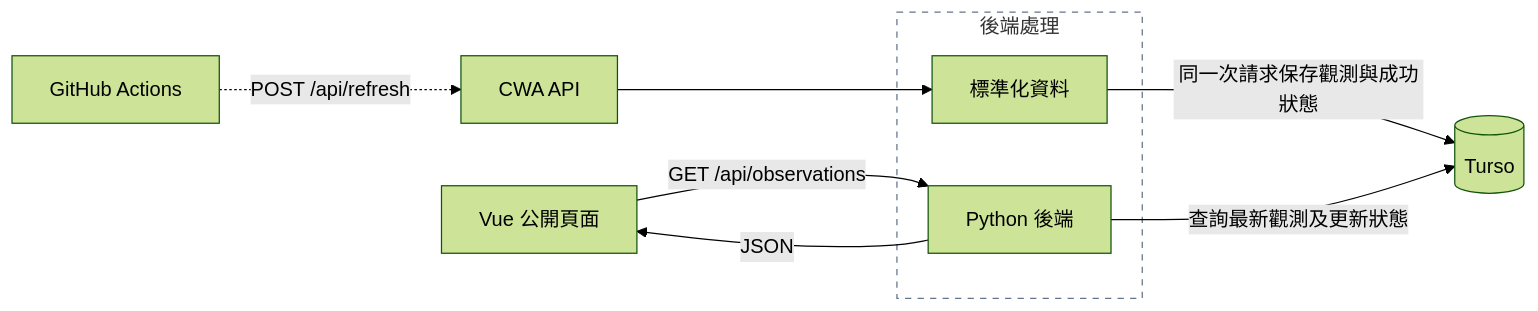
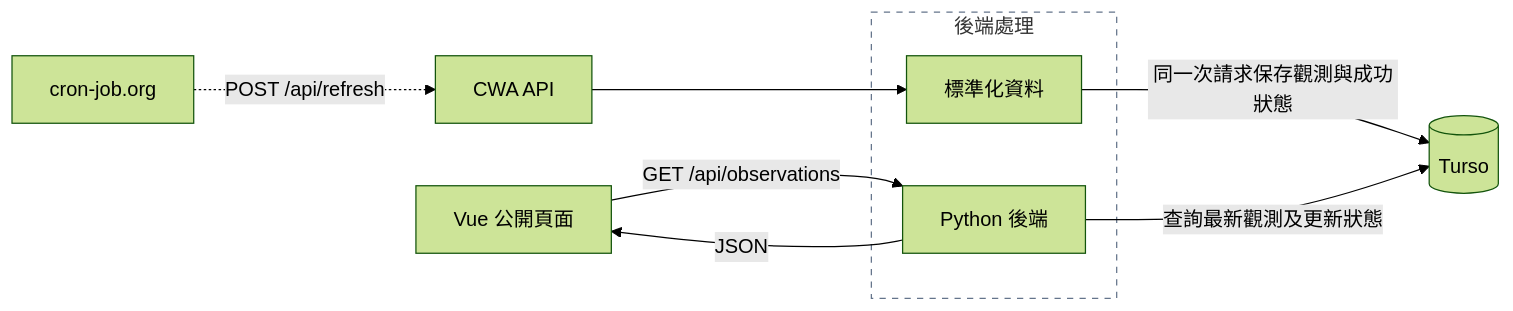
Before and after one commit to c2838/L3CWAv2: the diagram in README.md, drawn with Mermaid (forest theme). The commit also changed other lines of this file and 3 other files, not shown here.

Commit message:
feat: prepare minimal refresh for cron-job.org

````diff
--- a/README.md
+++ b/README.md
@@ -51,15 +51,15 @@
 ```mermaid
 flowchart LR
-    Actions["GitHub Actions"] -.->|POST /api/refresh| CWA["CWA API"]
+    Scheduler["cron-job.org"] -.->|POST /api/refresh| CWA["CWA API"]
     CWA --> Normalize
     Normalize -->|同一次請求保存觀測與成功狀態| DB[(Turso)]
     Browser["Vue 公開頁面"] -->|GET /api/observations| Read
     Read -->|查詢最新觀測及更新狀態| DB
     Read -->|JSON| Browser
 
     subgraph Backend["後端處理"]
         Normalize["標準化資料"]
         Read["Python 後端"]
     end
     style Backend fill:none,stroke:#64748b,stroke-width:1px,stroke-dasharray:5 5
 ```
````
